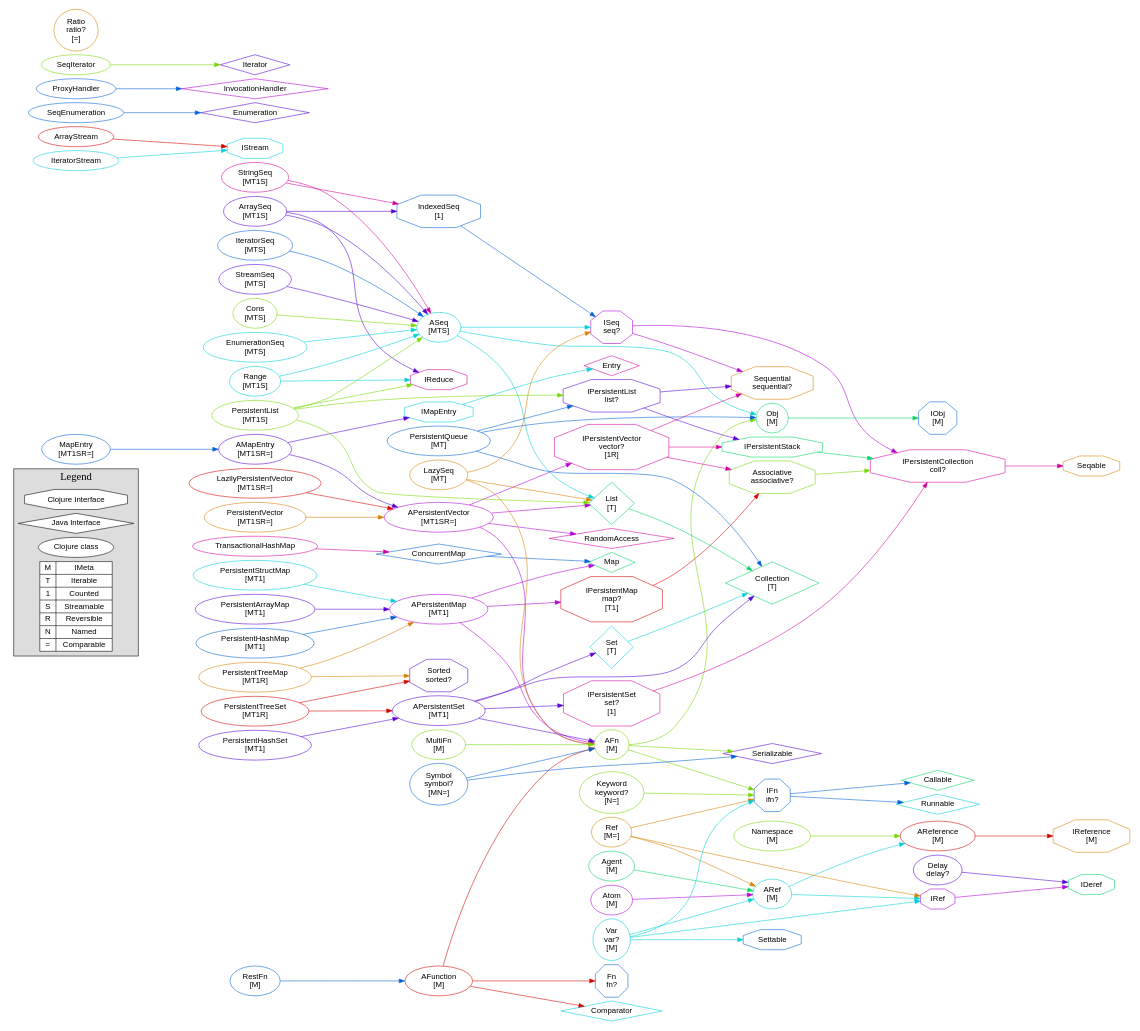
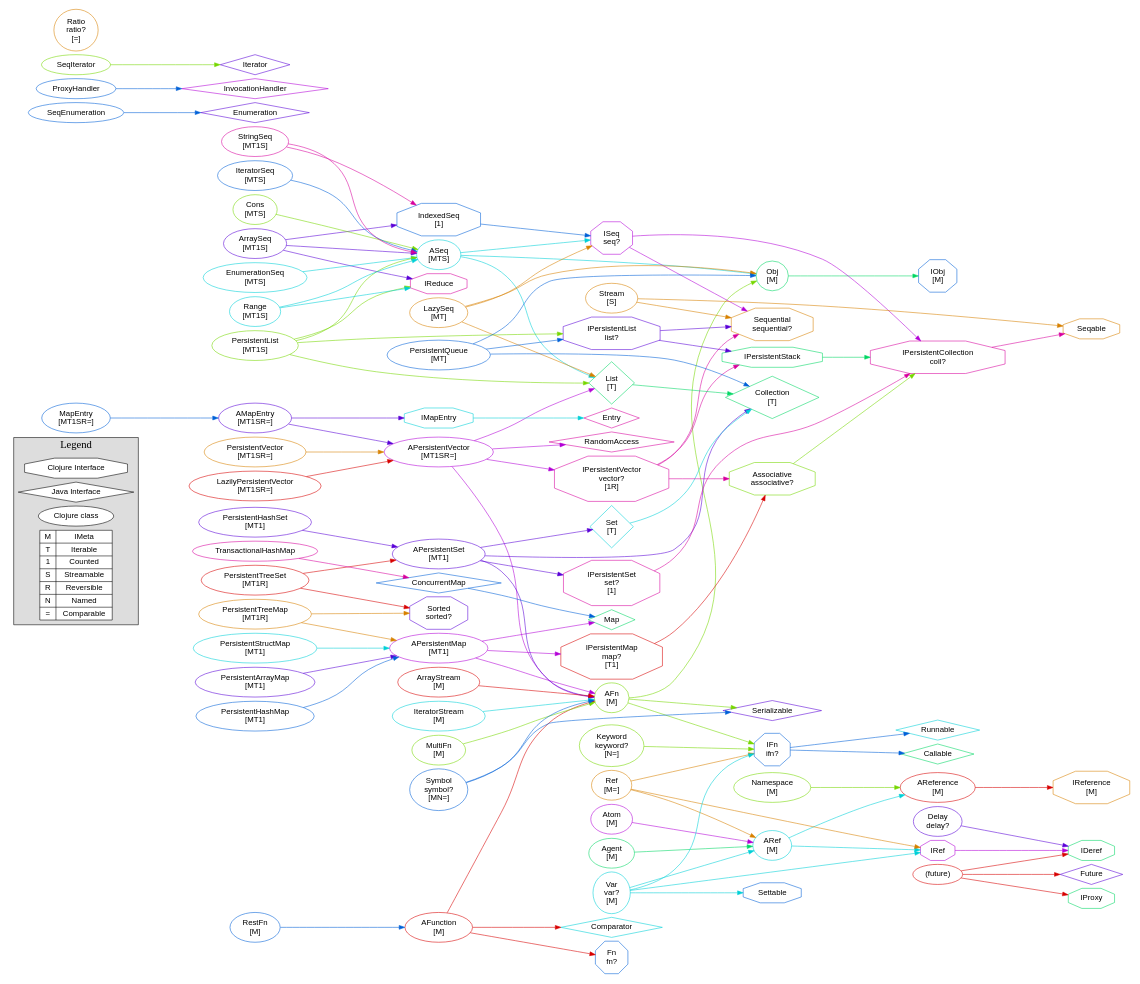
The diagram in graph.dot (Chouser/clojure-classes), drawn with Graphviz before and after one commit. The commit also changed 1 other file, not shown here.

Commit message:
Update .dot for Clojure svn 1335 -- svg and png not updated yet.

```diff
--- a/graph.dot
+++ b/graph.dot
@@ -61,8 +61,8 @@
   "class clojure.lang.ArraySeq" -> "class clojure.lang.ASeq" [ color="#5a00d7" ];
   "class clojure.lang.ArraySeq" -> "interface clojure.lang.IndexedSeq" [ color="#5a00d7" ];
   "class clojure.lang.ArraySeq" -> "interface clojure.lang.IReduce" [ color="#5a00d7" ];
-  "class clojure.lang.ArrayStream" [ label="ArrayStream" color="#d70000" shape="oval"];
-  "class clojure.lang.ArrayStream" -> "interface clojure.lang.IStream" [ color="#d70000" ];
+  "class clojure.lang.ArrayStream" [ label="ArrayStream\n[M]" color="#d70000" shape="oval"];
+  "class clojure.lang.ArrayStream" -> "class clojure.lang.AFn" [ color="#d70000" ];
   "interface clojure.lang.Associative" [ label="Associative\nassociative?" color="#76d700" shape="octagon"];
   "interface clojure.lang.Associative" -> "interface clojure.lang.IPersistentCollection" [ color="#76d700" ];
   "class clojure.lang.Atom" [ label="Atom\n[M]" color="#b300d7" shape="oval"];
@@ -81,6 +81,7 @@
   "class clojure.lang.EnumerationSeq" [ label="EnumerationSeq\n[MTS]" color="#00d0d7" shape="oval"];
   "class clojure.lang.EnumerationSeq" -> "class clojure.lang.ASeq" [ color="#00d0d7" ];
   "interface clojure.lang.Fn" [ label="Fn\nfn?" color="#0061d7" shape="octagon"];
+  "interface java.util.concurrent.Future" [ label="Future" color="#5a00d7" shape="diamond"];
   "interface clojure.lang.IDeref" [ label="IDeref" color="#00d764" shape="octagon"];
   "interface clojure.lang.IFn" [ label="IFn\nifn?" color="#0061d7" shape="octagon"];
   "interface clojure.lang.IFn" -> "interface java.util.concurrent.Callable" [ color="#0061d7" ];
@@ -103,6 +104,7 @@
   "interface clojure.lang.IPersistentVector" -> "interface clojure.lang.Associative" [ color="#d7009e" ];
   "interface clojure.lang.IPersistentVector" -> "interface clojure.lang.Sequential" [ color="#d7009e" ];
   "interface clojure.lang.IPersistentVector" -> "interface clojure.lang.IPersistentStack" [ color="#d7009e" ];
+  "interface clojure.lang.IProxy" [ label="IProxy" color="#00d764" shape="octagon"];
   "interface clojure.lang.IReduce" [ label="IReduce" color="#d7009e" shape="octagon"];
   "interface clojure.lang.IRef" [ label="IRef" color="#b300d7" shape="octagon"];
   "interface clojure.lang.IRef" -> "interface clojure.lang.IDeref" [ color="#b300d7" ];
@@ -110,21 +112,20 @@
   "interface clojure.lang.ISeq" [ label="ISeq\nseq?" color="#b300d7" shape="octagon"];
   "interface clojure.lang.ISeq" -> "interface clojure.lang.IPersistentCollection" [ color="#b300d7" ];
   "interface clojure.lang.ISeq" -> "interface clojure.lang.Sequential" [ color="#b300d7" ];
-  "interface clojure.lang.IStream" [ label="IStream" color="#00d0d7" shape="octagon"];
   "interface clojure.lang.IndexedSeq" [ label="IndexedSeq\n[1]" color="#0061d7" shape="octagon"];
   "interface clojure.lang.IndexedSeq" -> "interface clojure.lang.ISeq" [ color="#0061d7" ];
   "interface java.lang.reflect.InvocationHandler" [ label="InvocationHandler" color="#b300d7" shape="diamond"];
   "interface java.util.Iterator" [ label="Iterator" color="#5a00d7" shape="diamond"];
   "class clojure.lang.IteratorSeq" [ label="IteratorSeq\n[MTS]" color="#0061d7" shape="oval"];
   "class clojure.lang.IteratorSeq" -> "class clojure.lang.ASeq" [ color="#0061d7" ];
-  "class clojure.lang.IteratorStream" [ label="IteratorStream" color="#00d0d7" shape="oval"];
-  "class clojure.lang.IteratorStream" -> "interface clojure.lang.IStream" [ color="#00d0d7" ];
+  "class clojure.lang.IteratorStream" [ label="IteratorStream\n[M]" color="#00d0d7" shape="oval"];
+  "class clojure.lang.IteratorStream" -> "class clojure.lang.AFn" [ color="#00d0d7" ];
   "class clojure.lang.Keyword" [ label="Keyword\nkeyword?\n[N=]" color="#76d700" shape="oval"];
   "class clojure.lang.Keyword" -> "interface clojure.lang.IFn" [ color="#76d700" ];
   "class clojure.lang.LazilyPersistentVector" [ label="LazilyPersistentVector\n[MT1SR=]" color="#d70000" shape="oval"];
   "class clojure.lang.LazilyPersistentVector" -> "class clojure.lang.APersistentVector" [ color="#d70000" ];
   "class clojure.lang.LazySeq" [ label="LazySeq\n[MT]" color="#d78100" shape="oval"];
-  "class clojure.lang.LazySeq" -> "class clojure.lang.AFn" [ color="#d78100" ];
+  "class clojure.lang.LazySeq" -> "class clojure.lang.Obj" [ color="#d78100" ];
   "class clojure.lang.LazySeq" -> "interface clojure.lang.ISeq" [ color="#d78100" ];
   "class clojure.lang.LazySeq" -> "interface java.util.List" [ color="#d78100" ];
   "interface java.util.List" [ label="List\n[T]" color="#00d764" shape="diamond"];
@@ -138,6 +139,10 @@
   "class clojure.lang.Namespace" -> "class clojure.lang.AReference" [ color="#76d700" ];
   "class clojure.lang.Obj" [ label="Obj\n[M]" color="#00d764" shape="oval"];
   "class clojure.lang.Obj" -> "interface clojure.lang.IObj" [ color="#00d764" ];
+  "class clojure.proxy.java.lang.Object$Future$IDeref" [ label="(future)" color="#d70000" shape="oval"];
+  "class clojure.proxy.java.lang.Object$Future$IDeref" -> "interface clojure.lang.IProxy" [ color="#d70000" ];
+  "class clojure.proxy.java.lang.Object$Future$IDeref" -> "interface clojure.lang.IDeref" [ color="#d70000" ];
+  "class clojure.proxy.java.lang.Object$Future$IDeref" -> "interface java.util.concurrent.Future" [ color="#d70000" ];
   "class clojure.lang.PersistentArrayMap" [ label="PersistentArrayMap\n[MT1]" color="#5a00d7" shape="oval"];
   "class clojure.lang.PersistentArrayMap" -> "class clojure.lang.APersistentMap" [ color="#5a00d7" ];
   "class clojure.lang.PersistentHashMap" [ label="PersistentHashMap\n[MT1]" color="#0061d7" shape="oval"];
@@ -188,8 +193,9 @@
   "interface java.util.Set" -> "interface java.util.Collection" [ color="#00d0d7" ];
   "interface clojure.lang.Settable" [ label="Settable" color="#0061d7" shape="octagon"];
   "interface clojure.lang.Sorted" [ label="Sorted\nsorted?" color="#5a00d7" shape="octagon"];
-  "class clojure.lang.StreamSeq" [ label="StreamSeq\n[MTS]" color="#5a00d7" shape="oval"];
-  "class clojure.lang.StreamSeq" -> "class clojure.lang.ASeq" [ color="#5a00d7" ];
+  "class clojure.lang.Stream" [ label="Stream\n[S]" color="#d78100" shape="oval"];
+  "class clojure.lang.Stream" -> "interface clojure.lang.Seqable" [ color="#d78100" ];
+  "class clojure.lang.Stream" -> "interface clojure.lang.Sequential" [ color="#d78100" ];
   "class clojure.lang.StringSeq" [ label="StringSeq\n[MT1S]" color="#d7009e" shape="oval"];
   "class clojure.lang.StringSeq" -> "class clojure.lang.ASeq" [ color="#d7009e" ];
   "class clojure.lang.StringSeq" -> "interface clojure.lang.IndexedSeq" [ color="#d7009e" ];
```
